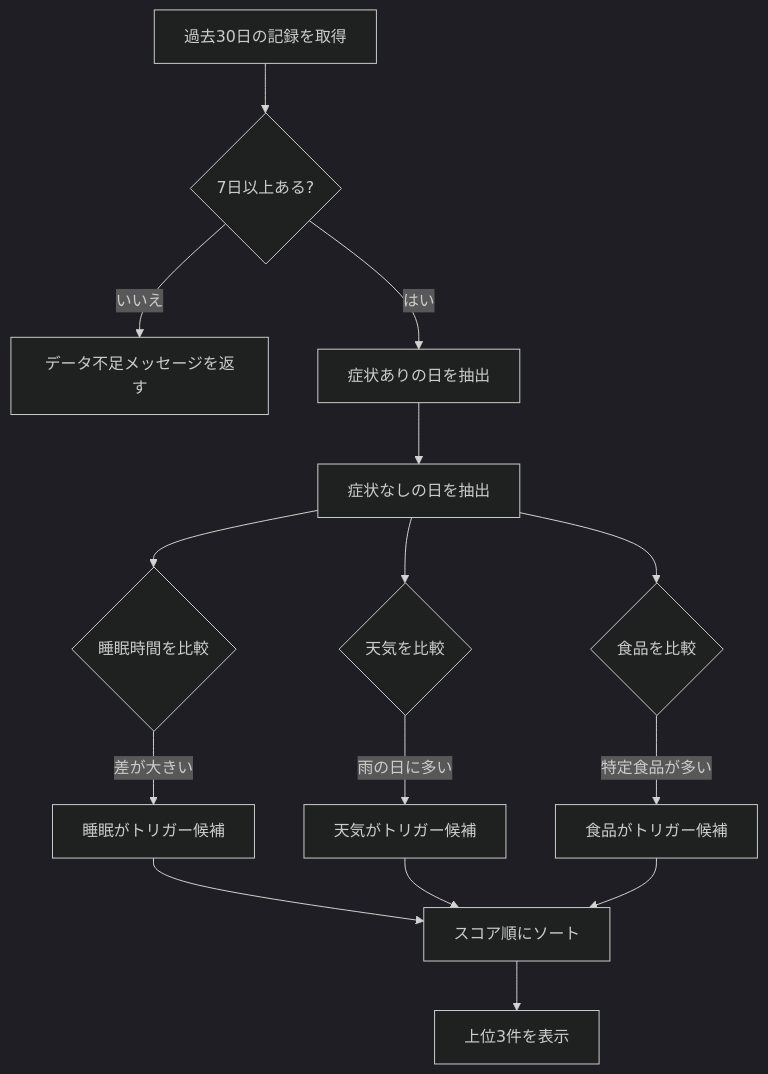
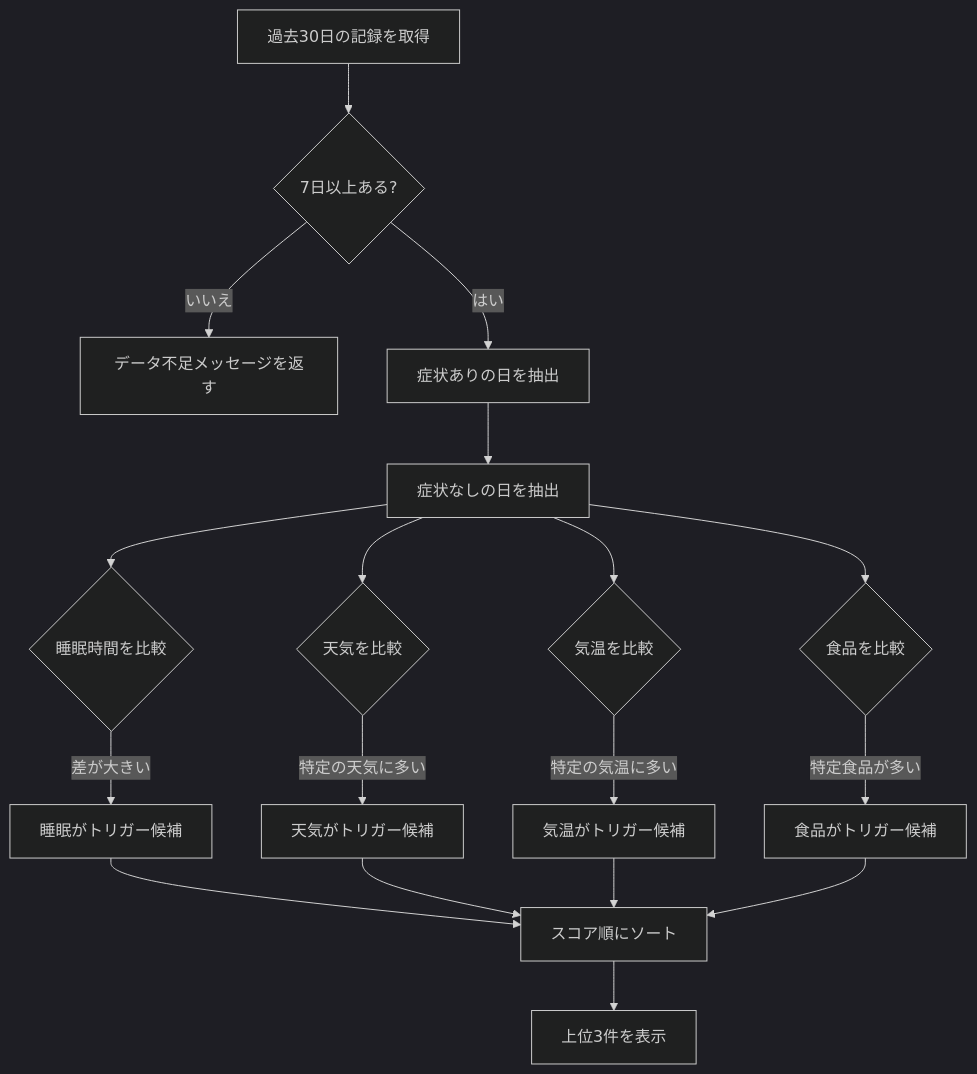
Diagram 13 of 15 in document/APP/sequence.md (Syota622/TriggerSearch), drawn with Mermaid (dark theme) before and after one commit. The commit also changed other lines of this file and 3 other files, not shown here.

````diff
--- a/document/APP/sequence.md
+++ b/document/APP/sequence.md
@@ -302,24 +410,28 @@
 ```mermaid
 flowchart TD
     A[過去30日の記録を取得] --> B{7日以上ある?}
     
     B -->|いいえ| C[データ不足メッセージを返す]
     
     B -->|はい| D[症状ありの日を抽出]
     D --> E[症状なしの日を抽出]
     
     E --> F{睡眠時間を比較}
     F -->|差が大きい| G[睡眠がトリガー候補]
     
     E --> H{天気を比較}
-    H -->|雨の日に多い| I[天気がトリガー候補]
+    H -->|特定の天気に多い| I[天気がトリガー候補]
     
-    E --> J{食品を比較}
-    J -->|特定食品が多い| K[食品がトリガー候補]
+    E --> J{気温を比較}
+    J -->|特定の気温に多い| K[気温がトリガー候補]
     
-    G --> L[スコア順にソート]
-    I --> L
-    K --> L
+    E --> L{食品を比較}
+    L -->|特定食品が多い| M[食品がトリガー候補]
     
-    L --> M[上位3件を表示]
+    G --> N[スコア順にソート]
+    I --> N
+    K --> N
+    M --> N
+    
+    N --> O[上位3件を表示]
 ```
````
